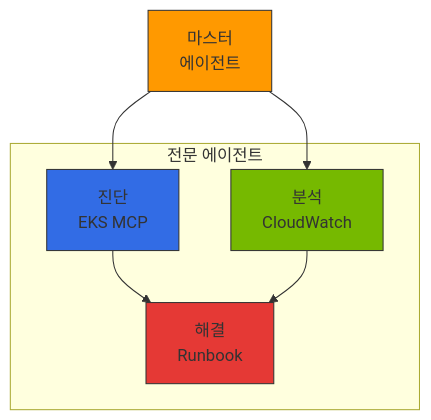
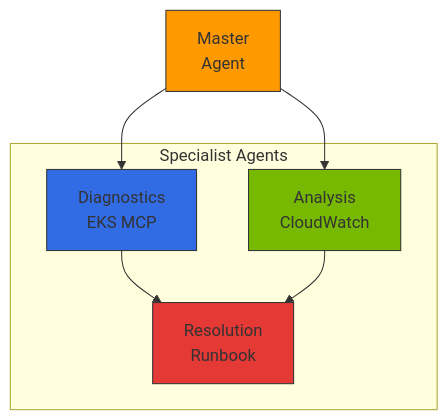
Before and after one commit to devfloor9/engineering-playbook: the fifth of 5 diagrams in docs/agentic-ai-platform/design-architecture/platform-selection/aws-native-agentic-platform.md, drawn with Mermaid. The commit also changed other lines of this file and 954 other files, not shown here.

````diff
--- a/docs/agentic-ai-platform/design-architecture/platform-selection/aws-native-agentic-platform.md
+++ b/docs/agentic-ai-platform/design-architecture/platform-selection/aws-native-agentic-platform.md
@@ -627,19 +629,19 @@
 ```mermaid
 flowchart TB
-    M[마스터<br/>에이전트]
+    M[Master<br/>Agent]
 
-    subgraph SPEC["전문 에이전트"]
-        D[진단<br/>EKS MCP]
-        A[분석<br/>CloudWatch]
-        R[해결<br/>Runbook]
+    subgraph SPEC["Specialist Agents"]
+        D[Diagnostics<br/>EKS MCP]
+        A[Analysis<br/>CloudWatch]
+        R[Resolution<br/>Runbook]
     end
 
     M --> D & A
     D --> R
     A --> R
 
     style M fill:#ff9900,stroke:#333
     style D fill:#326ce5,stroke:#333
     style A fill:#76b900,stroke:#333
     style R fill:#e53935,stroke:#333
 ```
````
